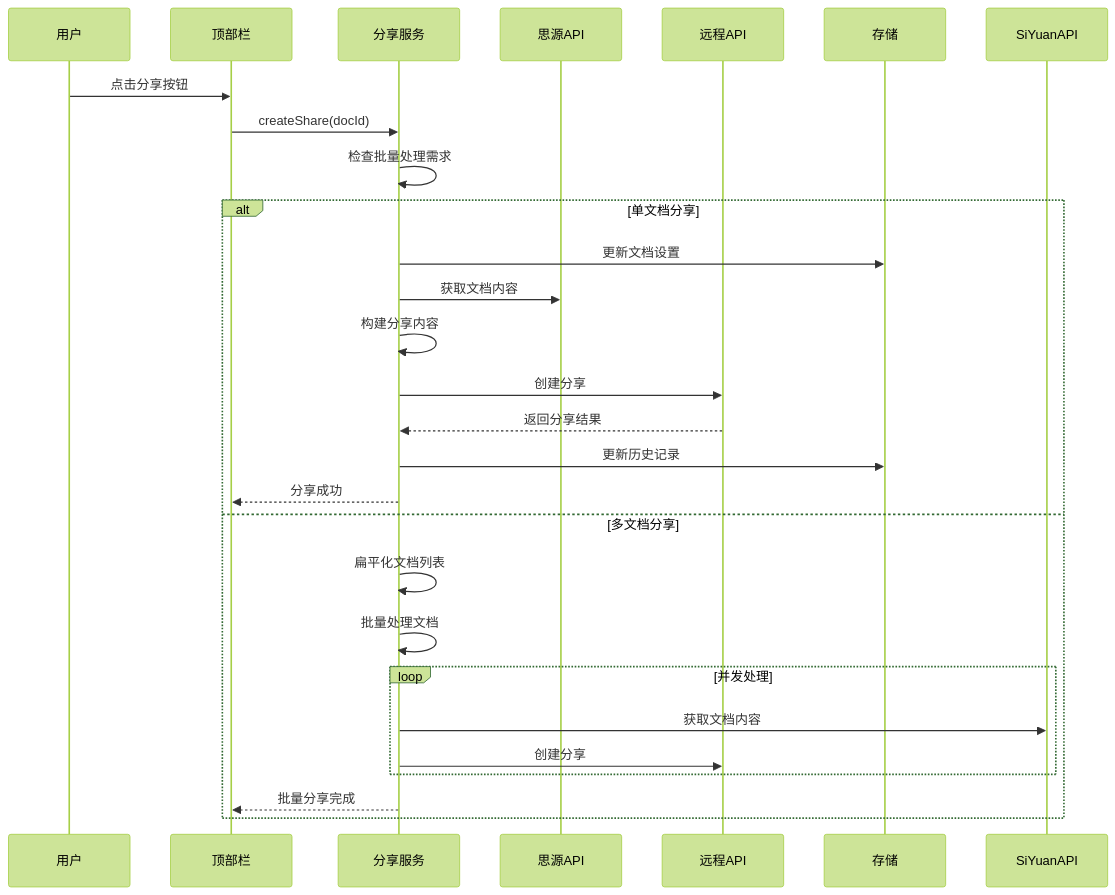
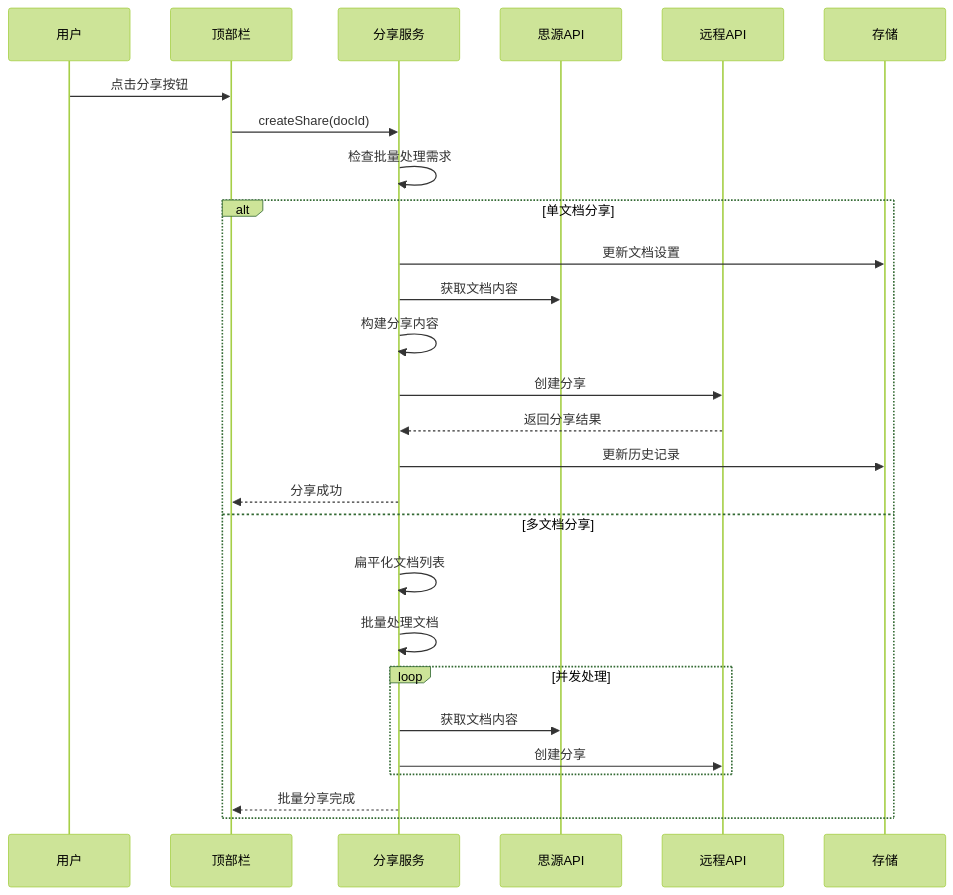
Before and after one commit to terwerinc/siyuan-plugin-share-pro: the fifth of 9 diagrams in .qoder/repowiki/zh/content/Todo List.md, drawn with Mermaid (forest theme). The commit also changed other lines of this file and 7 other files, not shown here.

````diff
--- a/.qoder/repowiki/zh/content/Todo List.md
+++ b/.qoder/repowiki/zh/content/Todo List.md
@@ -245,29 +261,29 @@
 ```mermaid
 sequenceDiagram
 participant User as 用户
 participant Topbar as 顶部栏
 participant ShareService as 分享服务
 participant SiyuanAPI as 思源API
 participant RemoteAPI as 远程API
 participant Storage as 存储
 User->>Topbar : 点击分享按钮
 Topbar->>ShareService : createShare(docId)
 ShareService->>ShareService : 检查批量处理需求
 alt 单文档分享
 ShareService->>Storage : 更新文档设置
 ShareService->>SiyuanAPI : 获取文档内容
 ShareService->>ShareService : 构建分享内容
 ShareService->>RemoteAPI : 创建分享
 RemoteAPI-->>ShareService : 返回分享结果
 ShareService->>Storage : 更新历史记录
 ShareService-->>Topbar : 分享成功
 else 多文档分享
 ShareService->>ShareService : 扁平化文档列表
 ShareService->>ShareService : 批量处理文档
 loop 并发处理
-ShareService->>SiYuanAPI : 获取文档内容
+ShareService->>SiyuanAPI : 获取文档内容
 ShareService->>RemoteAPI : 创建分享
 end
 ShareService-->>Topbar : 批量分享完成
 end
 ```
````
